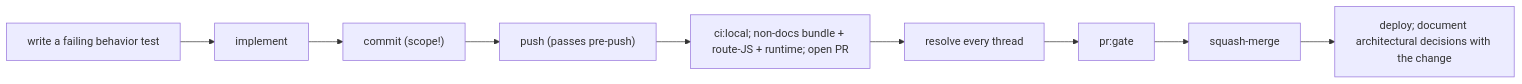
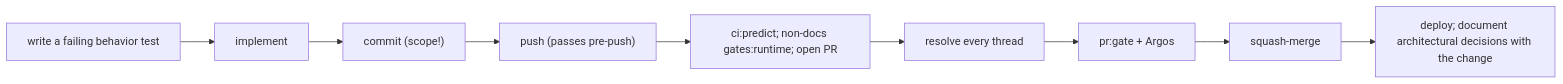
The diagram in docs/handbook/onboarding.md (erikunha/portfolio), drawn with Mermaid before and after one commit. The commit also changed 15 other files, not shown here.

````diff
--- a/docs/handbook/onboarding.md
+++ b/docs/handbook/onboarding.md
@@ -26,8 +26,8 @@
 ```mermaid
 flowchart LR
     tdd["write a failing behavior test"] --> edit["implement"] --> commit["commit (scope!)"]
     commit --> push["push (passes pre-push)"]
-    push --> pr["ci:local; non-docs bundle + route-JS + runtime; open PR"]
-    pr --> conv["resolve every thread"] --> ready["pr:gate"] --> merge["squash-merge"]
+    push --> pr["ci:predict; non-docs gates:runtime; open PR"]
+    pr --> conv["resolve every thread"] --> ready["pr:gate + Argos"] --> merge["squash-merge"]
     merge --> deploy["deploy; document architectural decisions with the change"]
 ```
````
